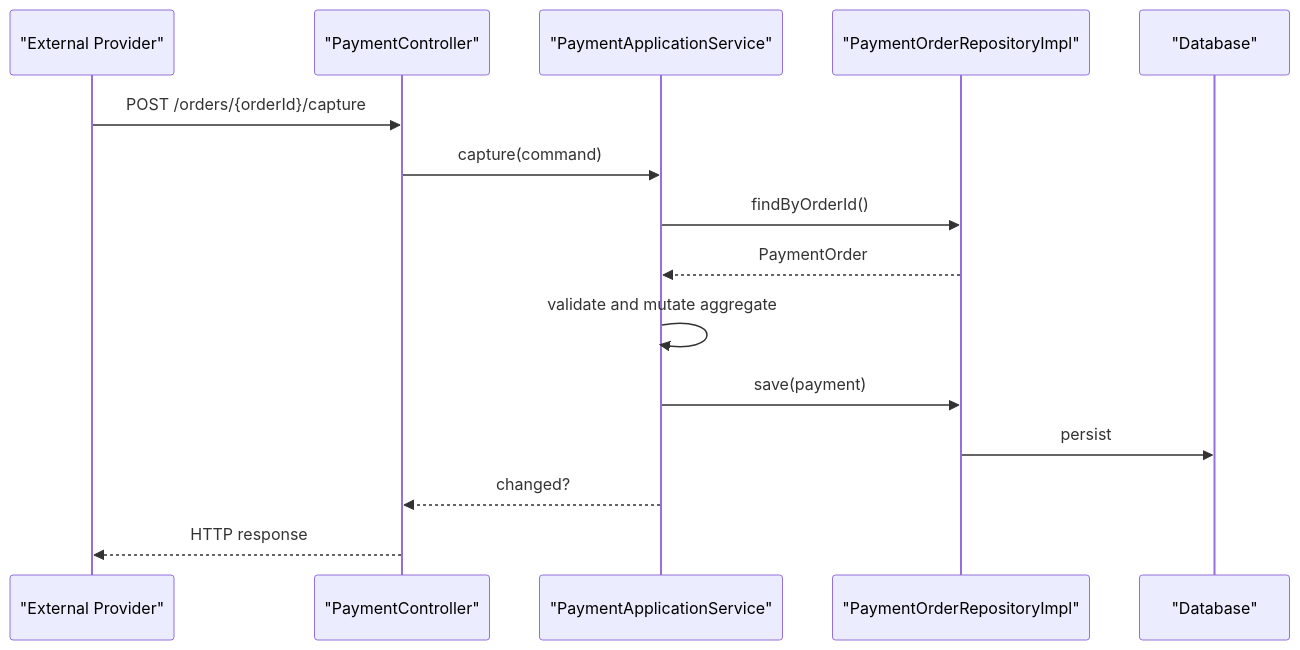
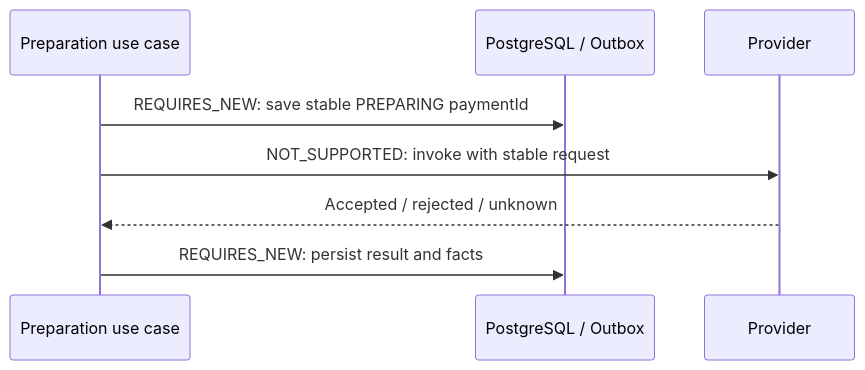
The diagram in .qoder/repowiki/en/content/Payment Processing Module/Payment Processing Module.md (ddd-mall/j-store), drawn with Mermaid before and after one commit. The commit also changed other lines of this file and 15 other files, not shown here.

````diff
--- a/.qoder/repowiki/en/content/Payment Processing Module/Payment Processing Module.md
+++ b/.qoder/repowiki/en/content/Payment Processing Module/Payment Processing Module.md
@@ -295,17 +13,10 @@
 ```mermaid
 sequenceDiagram
-participant Provider as "External Provider"
-participant Controller as "PaymentController"
-participant Service as "PaymentApplicationService"
-participant Repo as "PaymentOrderRepositoryImpl"
-participant DB as "Database"
-Provider->>Controller : POST /orders/{orderId}/capture
-Controller->>Service : capture(command)
-Service->>Repo : findByOrderId()
-Repo-->>Service : PaymentOrder
-Service->>Service : validate and mutate aggregate
-Service->>Repo : save(payment)
-Repo->>DB : persist
-Service-->>Controller : changed?
-Controller-->>Provider : HTTP response
+  participant H as Preparation use case
+  participant DB as PostgreSQL / Outbox
+  participant P as Provider
+  H->>DB: REQUIRES_NEW: save stable PREPARING paymentId
+  H->>P: NOT_SUPPORTED: invoke with stable request
+  P-->>H: Accepted / rejected / unknown
+  H->>DB: REQUIRES_NEW: persist result and facts
 ```
````
